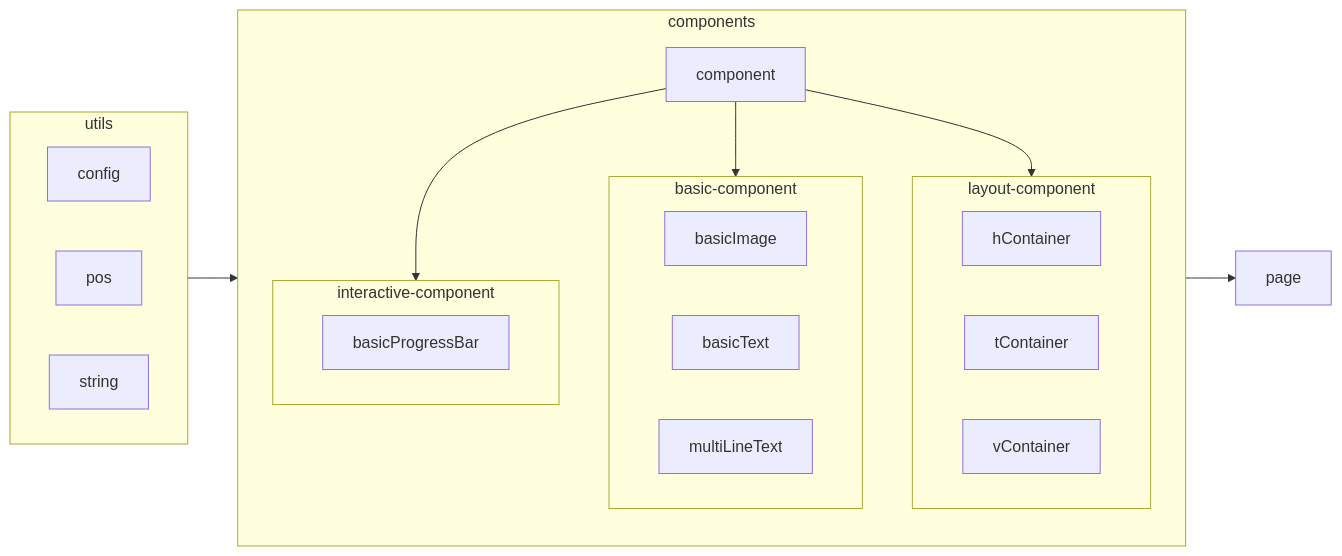
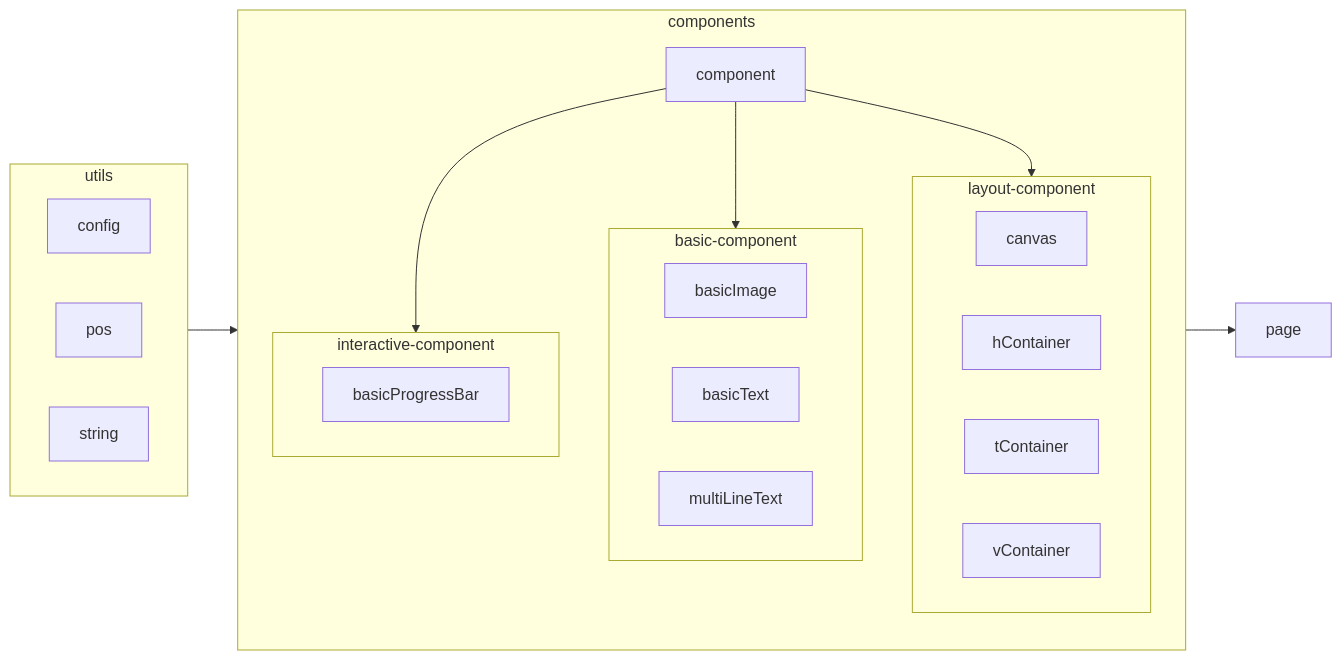
Before and after one commit to jimmy-sketch/chen_cppcguilib: the diagram in README.md, drawn with Mermaid. The commit also changed other lines of this file and 2 other files, not shown here.

````diff
--- a/README.md
+++ b/README.md
@@ -27,36 +27,37 @@
 ```mermaid 
 graph LR
     subgraph utils
         direction LR
         config
         pos
         string
     end
     utils --> components
 
     subgraph components
         direction TB
         component --> basic-component
         component --> layout-component
         component --> interactive-component
         
         subgraph basic-component
             direction LR
             basicImage
             basicText
             multiLineText
         end
         subgraph layout-component
             direction LR
+            canvas
             hContainer
             tContainer
             vContainer
         end
         subgraph interactive-component
             direction LR
             basicProgressBar
         end
     end
 
     components --> page
 ```
````
